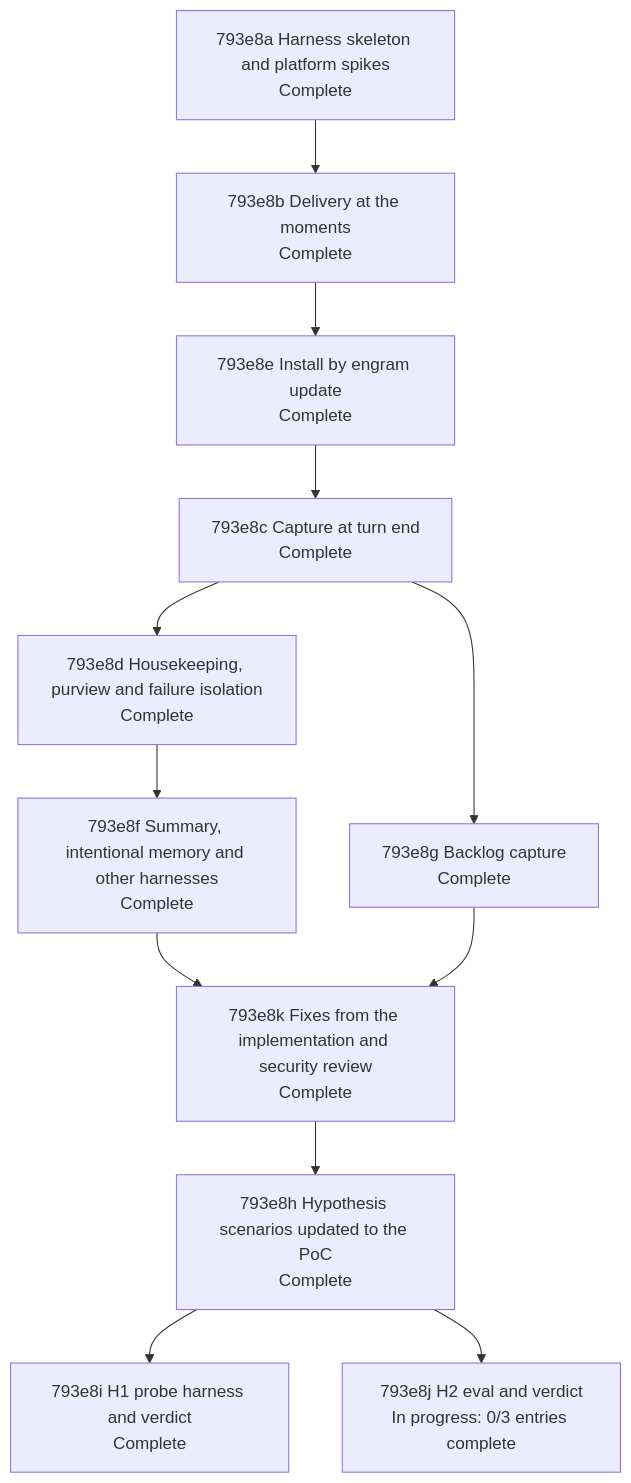
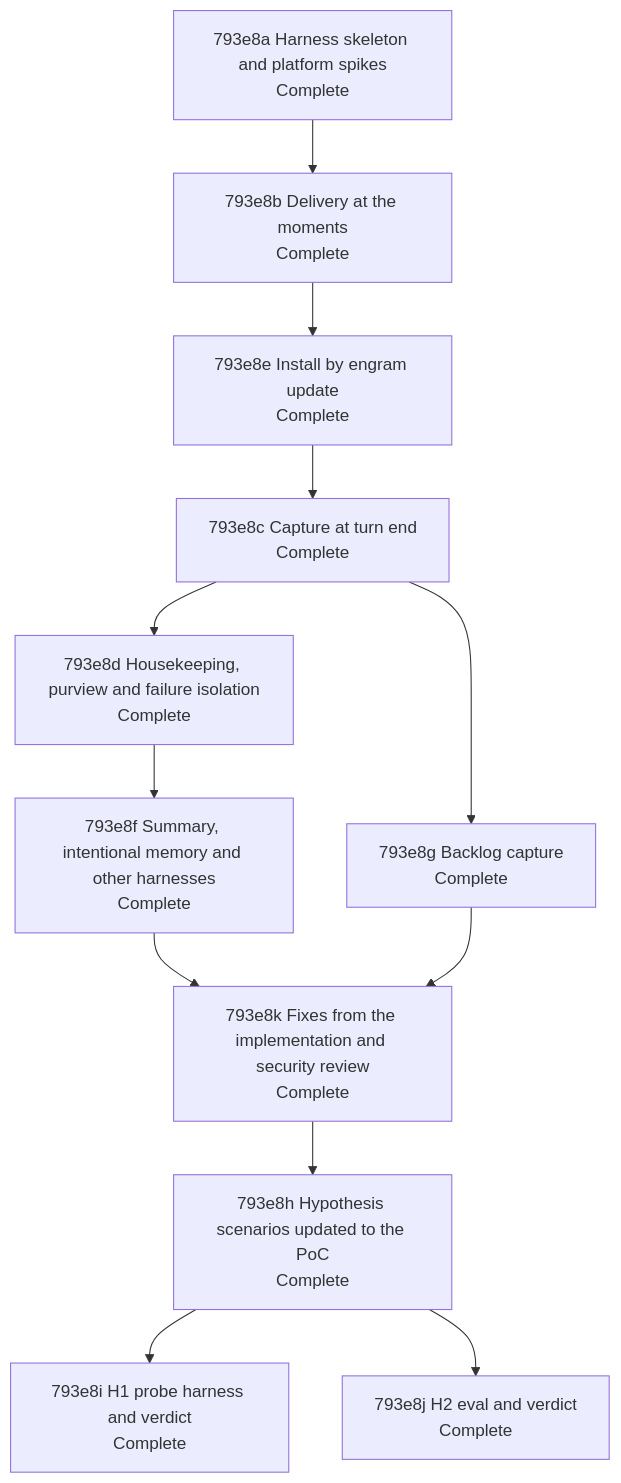
The diagram in docs/changes/793_parallel-memory-agent/793e_implementation-plan.md (toejough/engram), drawn with Mermaid before and after one commit. The commit also changed other lines of this file, not shown here.

First line of the commit message:
docs(793e8j): node Complete, rows Done, result recorded

````diff
--- a/docs/changes/793_parallel-memory-agent/793e_implementation-plan.md
+++ b/docs/changes/793_parallel-memory-agent/793e_implementation-plan.md
@@ -217,23 +217,23 @@
 ```mermaid
 flowchart TD
   n793e8a["793e8a Harness skeleton and platform spikes<br/>Complete"]
   n793e8b["793e8b Delivery at the moments<br/>Complete"]
   n793e8e["793e8e Install by engram update<br/>Complete"]
   n793e8c["793e8c Capture at turn end<br/>Complete"]
   n793e8d["793e8d Housekeeping, purview and failure isolation<br/>Complete"]
   n793e8g["793e8g Backlog capture<br/>Complete"]
   n793e8f["793e8f Summary, intentional memory and other harnesses<br/>Complete"]
   n793e8k["793e8k Fixes from the implementation and security review<br/>Complete"]
   n793e8h["793e8h Hypothesis scenarios updated to the PoC<br/>Complete"]
   n793e8i["793e8i H1 probe harness and verdict<br/>Complete"]
-  n793e8j["793e8j H2 eval and verdict<br/>In progress: 0/3 entries complete"]
+  n793e8j["793e8j H2 eval and verdict<br/>Complete"]
   n793e8a --> n793e8b --> n793e8e --> n793e8c
   n793e8c --> n793e8d
   n793e8c --> n793e8g
   n793e8d --> n793e8f
   n793e8f --> n793e8k
   n793e8g --> n793e8k
   n793e8k --> n793e8h
   n793e8h --> n793e8i
   n793e8h --> n793e8j
 ```
````
